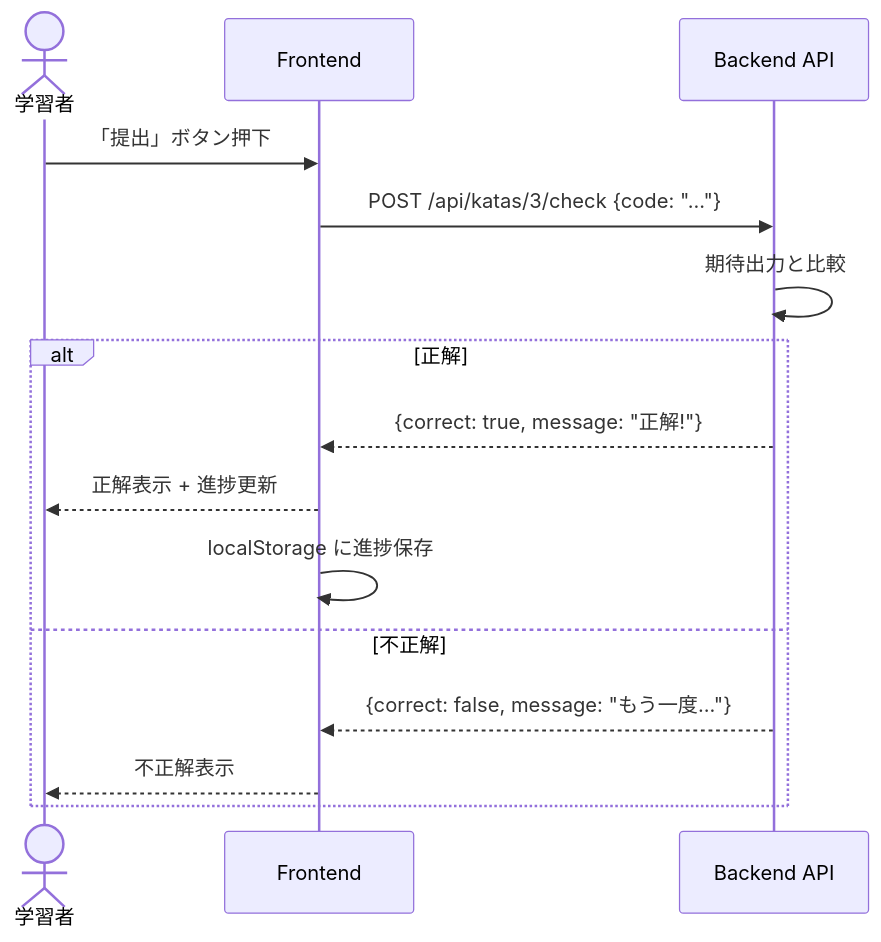
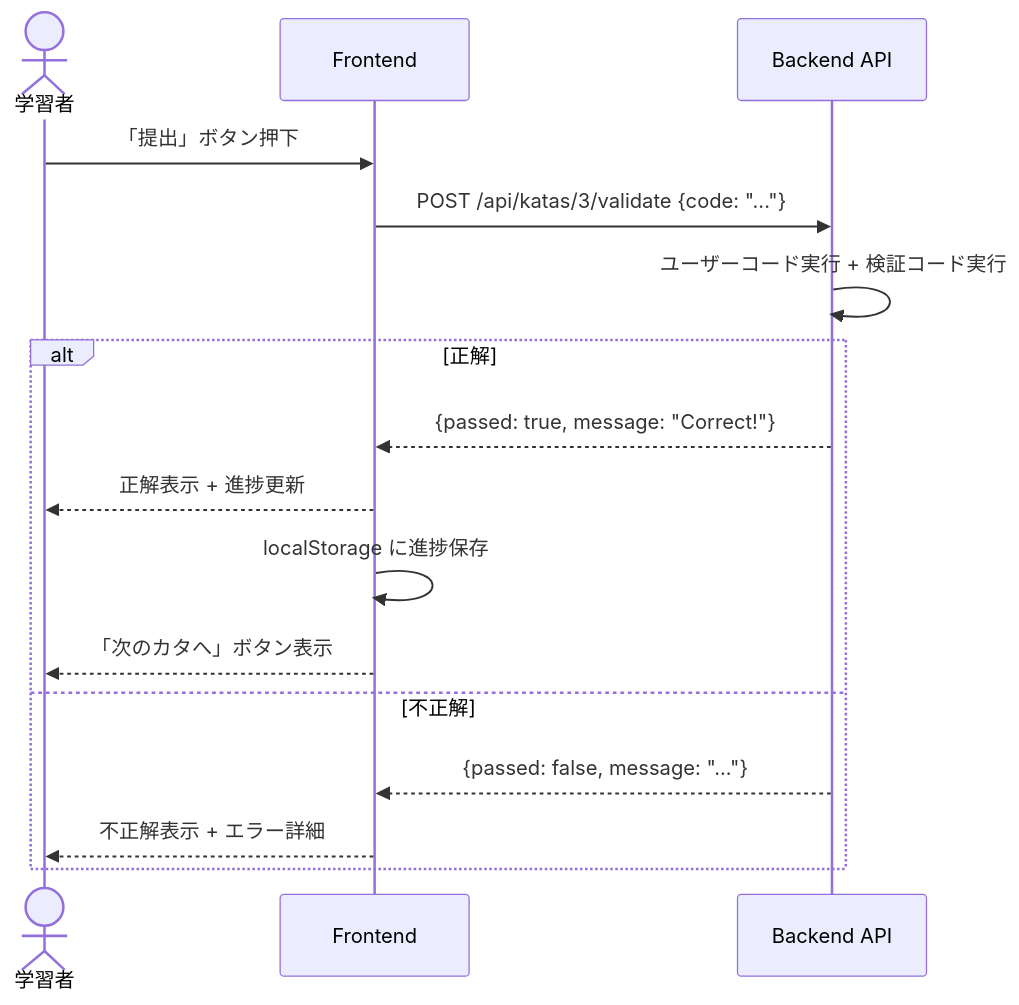
One commit to akaitigo/quantum-katas changed the third of 6 diagrams in docs/use-cases.md. Above: the diagram before and after it, drawn with Mermaid. The commit also changed other lines of this file and 11 other files, not shown here.

````diff
--- a/docs/use-cases.md
+++ b/docs/use-cases.md
@@ -42,18 +42,19 @@
 ```mermaid
 sequenceDiagram
     actor User as 学習者
     participant FE as Frontend
     participant API as Backend API
 
     User->>FE: 「提出」ボタン押下
-    FE->>API: POST /api/katas/3/check {code: "..."}
-    API->>API: 期待出力と比較
+    FE->>API: POST /api/katas/3/validate {code: "..."}
+    API->>API: ユーザーコード実行 + 検証コード実行
     alt 正解
-        API-->>FE: {correct: true, message: "正解!"}
+        API-->>FE: {passed: true, message: "Correct!"}
         FE-->>User: 正解表示 + 進捗更新
         FE->>FE: localStorage に進捗保存
+        FE-->>User: 「次のカタへ」ボタン表示
     else 不正解
-        API-->>FE: {correct: false, message: "もう一度..."}
-        FE-->>User: 不正解表示
+        API-->>FE: {passed: false, message: "..."}
+        FE-->>User: 不正解表示 + エラー詳細
     end
 ```
````
